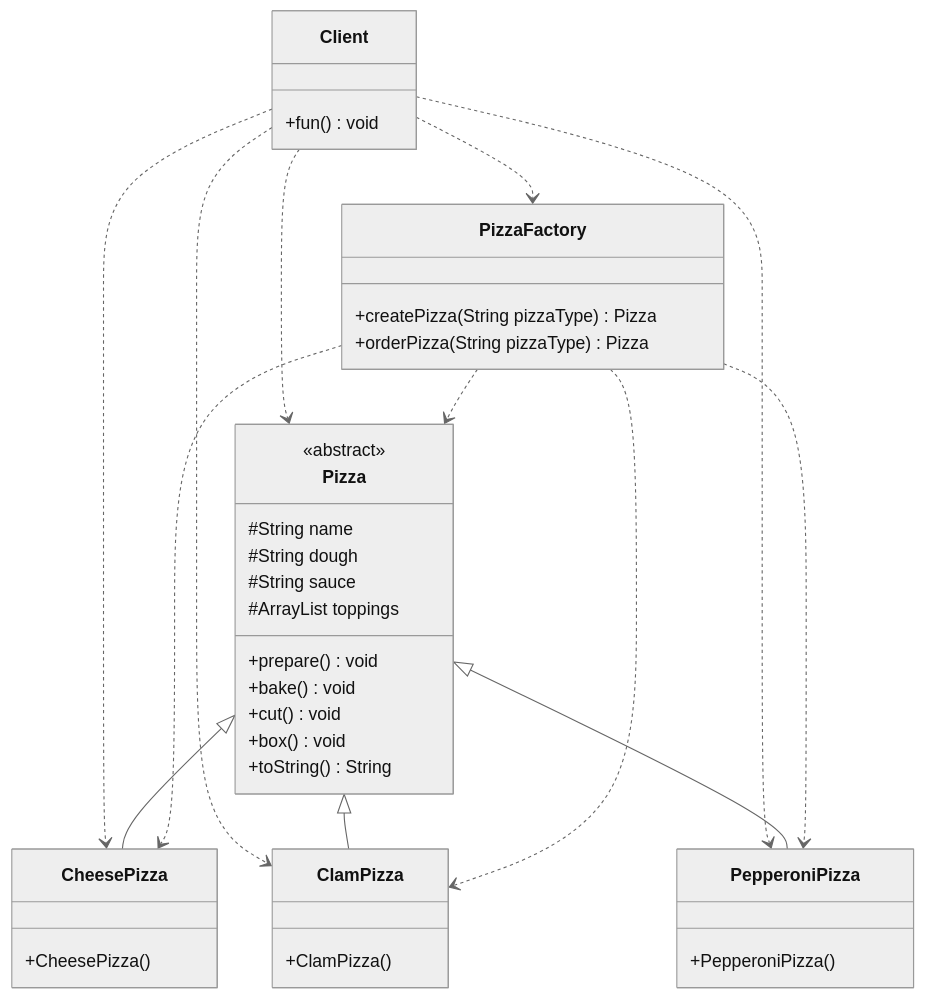
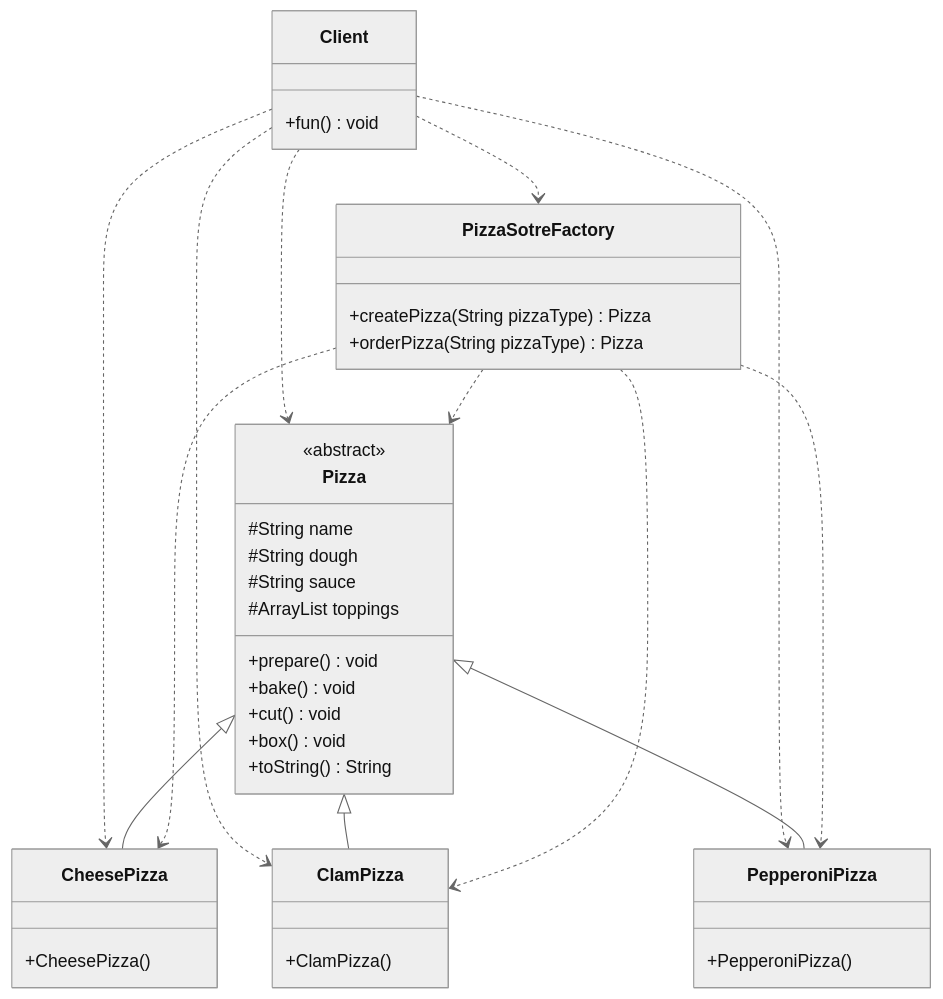
One commit to lingwh1995/books changed diagram 17 of 20 in general/designpattern/designpattern-java/designpattern-java.md. Above: the diagram before and after it, drawn with Mermaid (neutral theme). The commit also changed other lines of this file, not shown here.

````diff
--- a/general/designpattern/designpattern-java/designpattern-java.md
+++ b/general/designpattern/designpattern-java/designpattern-java.md
@@ -823,43 +868,43 @@
 ```mermaid
 classDiagram
-    Client ..> PizzaFactory
+    Client ..> PizzaSotreFactory
     Client ..> Pizza
     Client ..> CheesePizza
     Client ..> ClamPizza
     Client ..> PepperoniPizza
     Pizza <|-- CheesePizza
     Pizza <|-- ClamPizza
     Pizza <|-- PepperoniPizza
-    PizzaFactory ..> Pizza
-    PizzaFactory ..> CheesePizza
-    PizzaFactory ..> ClamPizza
-    PizzaFactory ..> PepperoniPizza
+    PizzaSotreFactory ..> Pizza
+    PizzaSotreFactory ..> CheesePizza
+    PizzaSotreFactory ..> ClamPizza
+    PizzaSotreFactory ..> PepperoniPizza
     class Pizza {
         #String name
 	    #String dough
 	    #String sauce
 	    #ArrayList<String> toppings
 	    +prepare() void
 	    +bake() void
 	    +cut() void
 	    +box() void
 	    +toString() String
     }
     class CheesePizza{
         +CheesePizza()
     }
     class ClamPizza{
         +ClamPizza()
     }
     class PepperoniPizza {
         +PepperoniPizza()
     }
-    class PizzaFactory {
+    class PizzaSotreFactory {
         +createPizza(String pizzaType) Pizza
         +orderPizza(String pizzaType) Pizza
     }
     class Client {
         +fun() void
     }
     <<abstract>> Pizza
 ```
````
